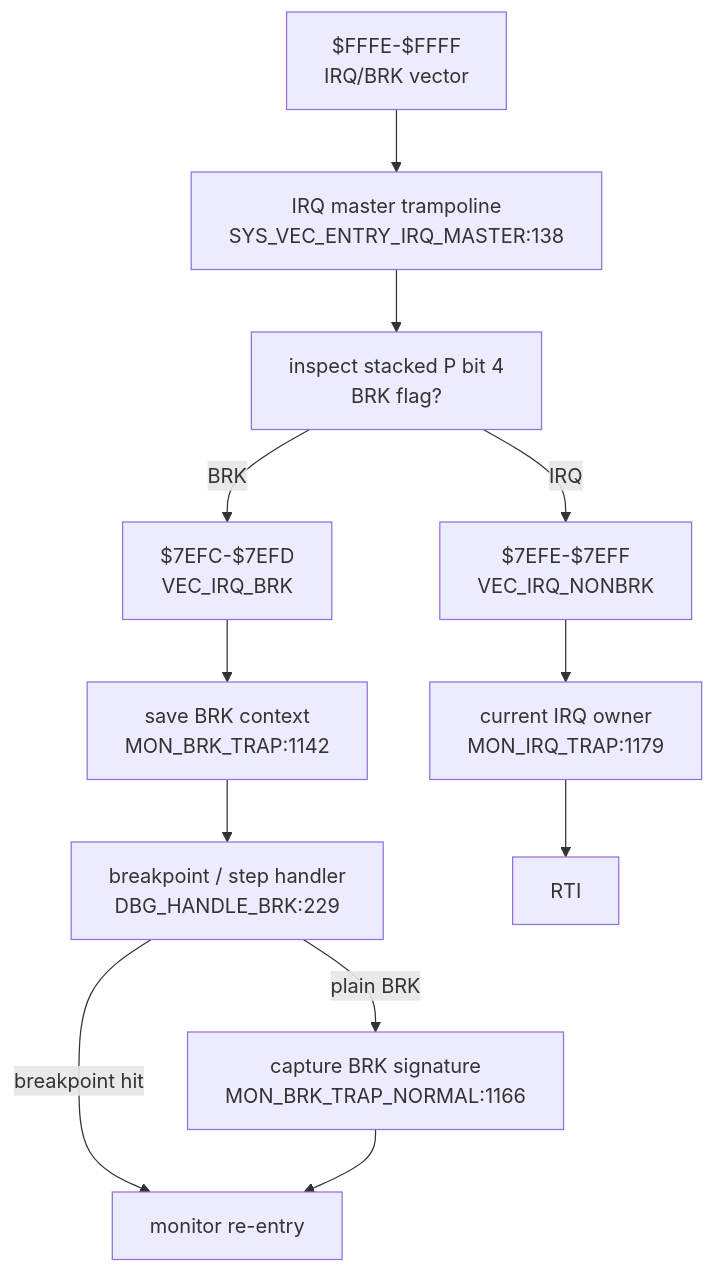
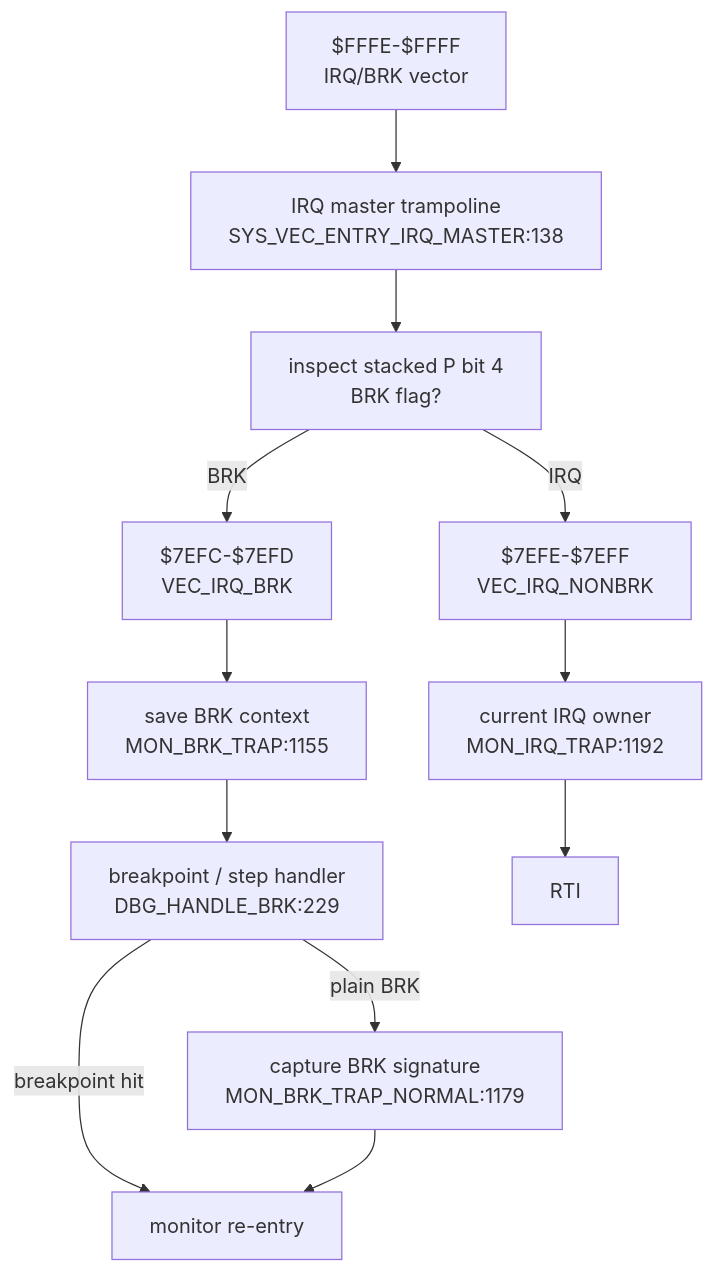
The fifth of 6 diagrams in DOC/GENERATED/INTERRUPT_VECTOR_MAP.md (95westus/R-YORS), drawn with Mermaid before and after one commit. The commit also changed other lines of this file and 42 other files, not shown here.

````diff
--- a/DOC/GENERATED/INTERRUPT_VECTOR_MAP.md
+++ b/DOC/GENERATED/INTERRUPT_VECTOR_MAP.md
@@ -75,14 +75,14 @@
 ```mermaid
 flowchart TD
     IRQV["$FFFE-$FFFF<br/>IRQ/BRK vector"] --> IRQMASTER["IRQ master trampoline<br/>SYS_VEC_ENTRY_IRQ_MASTER:138"]
     IRQMASTER --> SPLIT["inspect stacked P bit 4<br/>BRK flag?"]
     SPLIT -->|BRK| VECBRK["$7EFC-$7EFD<br/>VEC_IRQ_BRK"]
     SPLIT -->|IRQ| VECIRQ["$7EFE-$7EFF<br/>VEC_IRQ_NONBRK"]
-    VECBRK --> BRKTRAP["save BRK context<br/>MON_BRK_TRAP:1142"]
+    VECBRK --> BRKTRAP["save BRK context<br/>MON_BRK_TRAP:1155"]
     BRKTRAP --> DBGBRK["breakpoint / step handler<br/>DBG_HANDLE_BRK:229"]
     DBGBRK -->|breakpoint hit| REENTER["monitor re-entry"]
-    DBGBRK -->|plain BRK| BRKNORMAL["capture BRK signature<br/>MON_BRK_TRAP_NORMAL:1166"]
+    DBGBRK -->|plain BRK| BRKNORMAL["capture BRK signature<br/>MON_BRK_TRAP_NORMAL:1179"]
     BRKNORMAL --> REENTER
-    VECIRQ --> IRQTRAP["current IRQ owner<br/>MON_IRQ_TRAP:1179"]
+    VECIRQ --> IRQTRAP["current IRQ owner<br/>MON_IRQ_TRAP:1192"]
     IRQTRAP --> RTIIRQ["RTI"]
 ```
````
